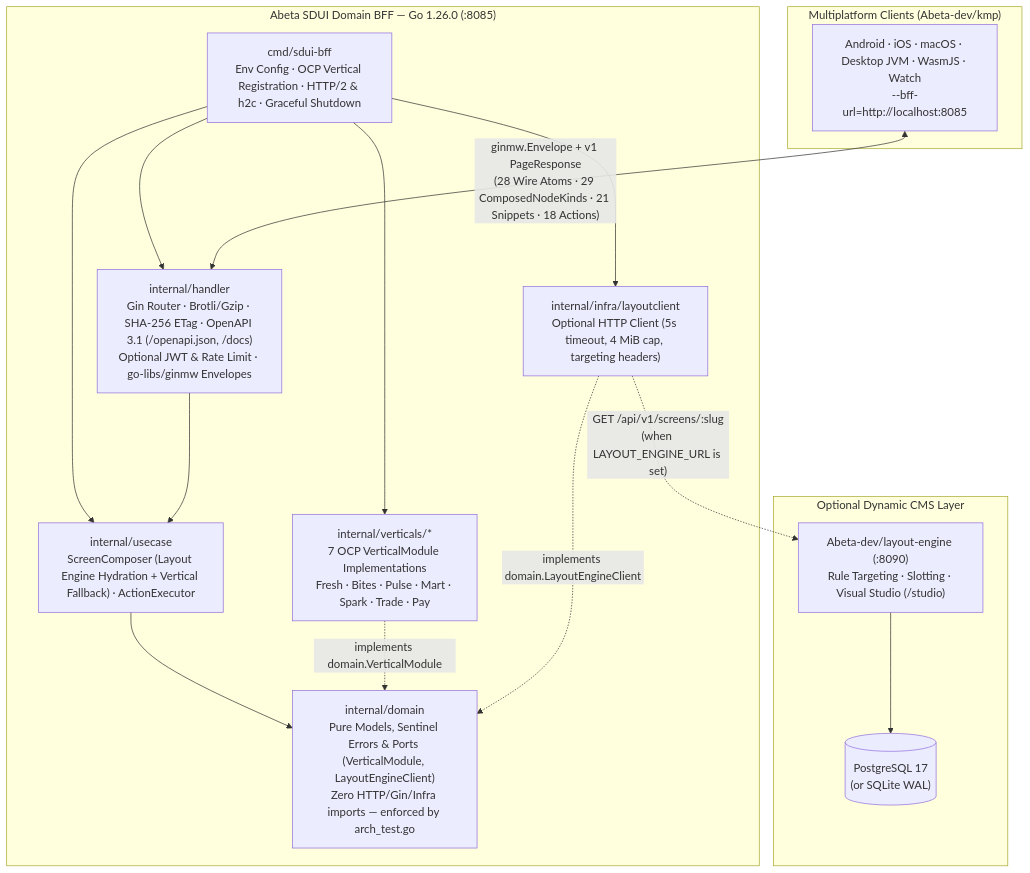
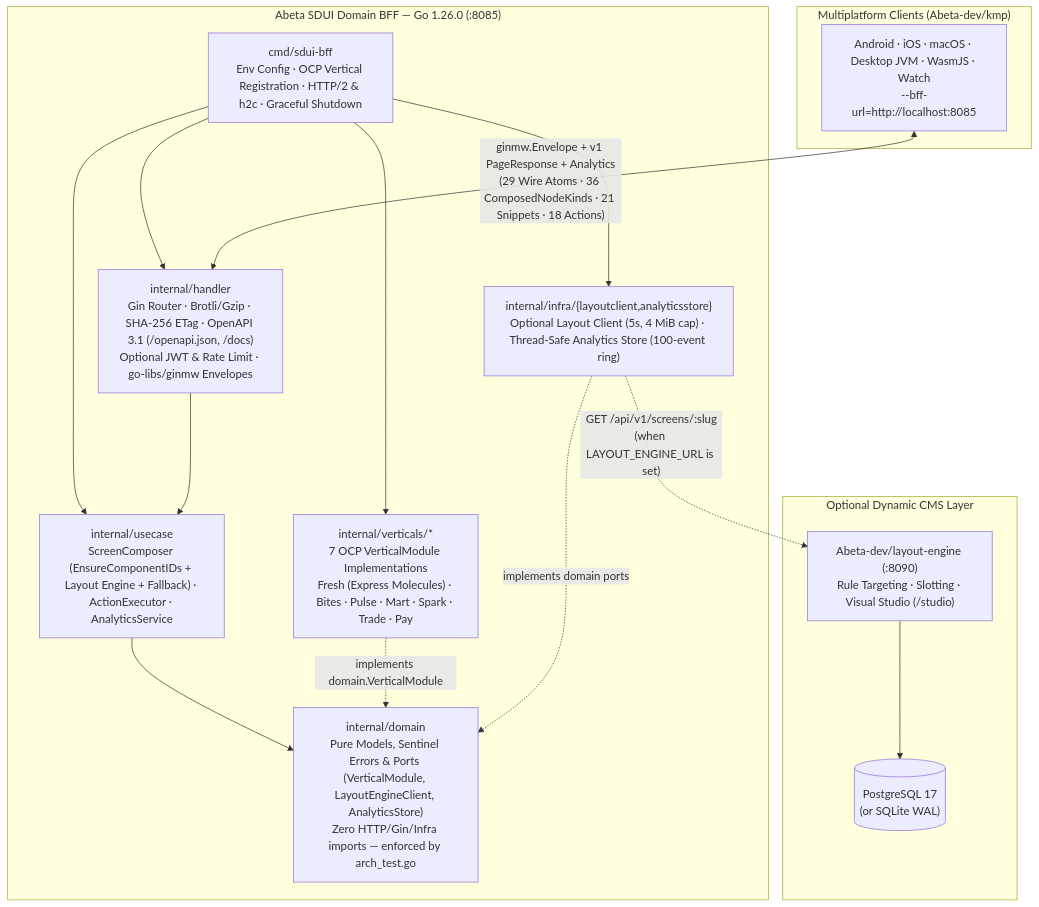
Before and after one commit to Abeta-dev/sdui-bff: the diagram in README.md, drawn with Mermaid. The commit also changed other lines of this file and 29 other files, not shown here.

Commit message:
feat(sdui): upgrade to kmp/bff v0.6.0, add analytics endpoints, EnsureComponentIDs, Express molecules & CI Quality Gate

````diff
--- a/README.md
+++ b/README.md
@@ -32,33 +32,33 @@
 ```mermaid
 flowchart TB
     subgraph Clients["Multiplatform Clients (Abeta-dev/kmp)"]
         KMP["Android · iOS · macOS · Desktop JVM · WasmJS · Watch\n--bff-url=http://localhost:8085"]
     end
 
     subgraph BFF["Abeta SDUI Domain BFF — Go 1.26.0 (:8085)"]
         CMD["cmd/sdui-bff\nEnv Config · OCP Vertical Registration · HTTP/2 & h2c · Graceful Shutdown"]
         HANDLER["internal/handler\nGin Router · Brotli/Gzip · SHA-256 ETag · OpenAPI 3.1 (/openapi.json, /docs)\nOptional JWT & Rate Limit · go-libs/ginmw Envelopes"]
-        USECASE["internal/usecase\nScreenComposer (Layout Engine Hydration + Vertical Fallback) · ActionExecutor"]
-        DOMAIN["internal/domain\nPure Models, Sentinel Errors & Ports (VerticalModule, LayoutEngineClient)\nZero HTTP/Gin/Infra imports — enforced by arch_test.go"]
-        VERTICALS["internal/verticals/*\n7 OCP VerticalModule Implementations\nFresh · Bites · Pulse · Mart · Spark · Trade · Pay"]
-        LAYOUT_CLIENT["internal/infra/layoutclient\nOptional HTTP Client (5s timeout, 4 MiB cap, targeting headers)"]
+        USECASE["internal/usecase\nScreenComposer (EnsureComponentIDs + Layout Engine + Fallback) · ActionExecutor · AnalyticsService"]
+        DOMAIN["internal/domain\nPure Models, Sentinel Errors & Ports (VerticalModule, LayoutEngineClient, AnalyticsStore)\nZero HTTP/Gin/Infra imports — enforced by arch_test.go"]
+        VERTICALS["internal/verticals/*\n7 OCP VerticalModule Implementations\nFresh (Express Molecules) · Bites · Pulse · Mart · Spark · Trade · Pay"]
+        INFRA["internal/infra/{layoutclient,analyticsstore}\nOptional Layout Client (5s, 4 MiB cap) · Thread-Safe Analytics Store (100-event ring)"]
 
         CMD --> HANDLER
         CMD --> USECASE
         CMD --> VERTICALS
-        CMD --> LAYOUT_CLIENT
+        CMD --> INFRA
         HANDLER --> USECASE
         USECASE --> DOMAIN
         VERTICALS -. "implements domain.VerticalModule" .-> DOMAIN
-        LAYOUT_CLIENT -. "implements domain.LayoutEngineClient" .-> DOMAIN
+        INFRA -. "implements domain ports" .-> DOMAIN
     end
 
     subgraph CMS["Optional Dynamic CMS Layer"]
         LE["Abeta-dev/layout-engine (:8090)\nRule Targeting · Slotting · Visual Studio (/studio)"]
         PG[("PostgreSQL 17\n(or SQLite WAL)")]
         LE --> PG
     end
 
-    KMP <-- "ginmw.Envelope + v1 PageResponse\n(28 Wire Atoms · 29 ComposedNodeKinds · 21 Snippets · 18 Actions)" --> HANDLER
-    LAYOUT_CLIENT -. "GET /api/v1/screens/:slug\n(when LAYOUT_ENGINE_URL is set)" .-> LE
+    KMP <-- "ginmw.Envelope + v1 PageResponse + Analytics\n(29 Wire Atoms · 36 ComposedNodeKinds · 21 Snippets · 18 Actions)" --> HANDLER
+    INFRA -. "GET /api/v1/screens/:slug\n(when LAYOUT_ENGINE_URL is set)" .-> LE
 ```
````
